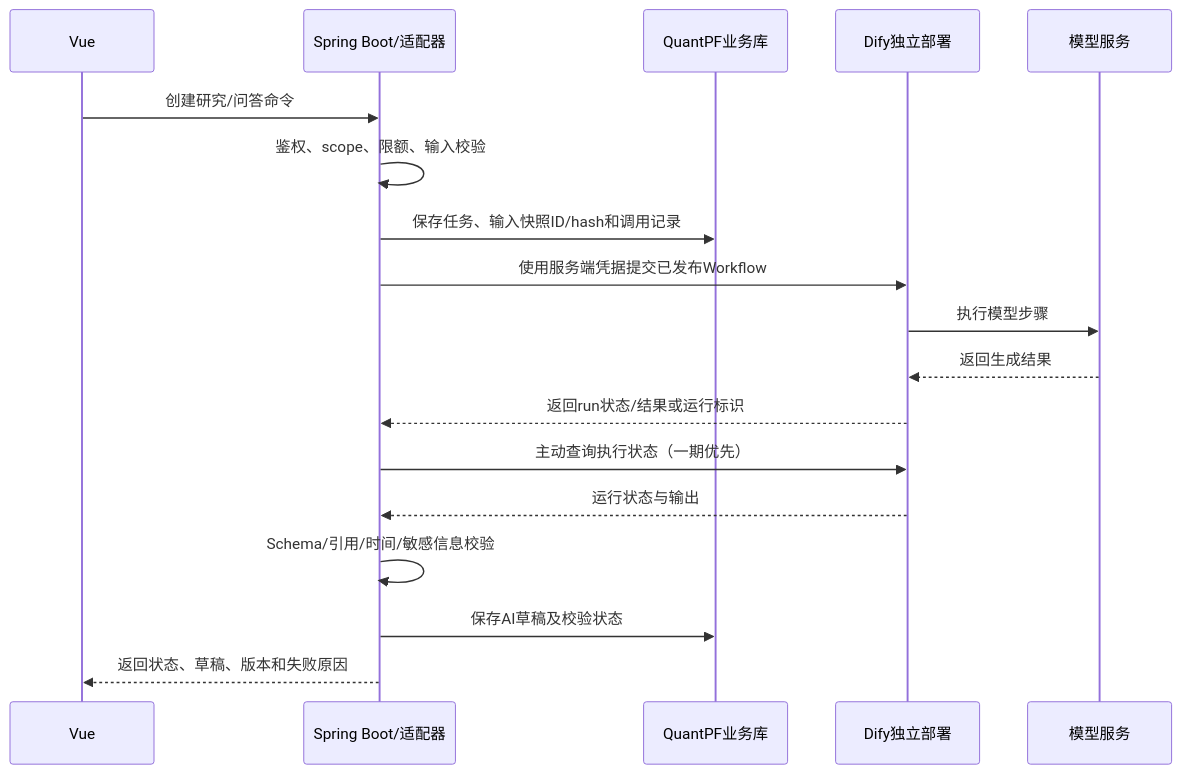
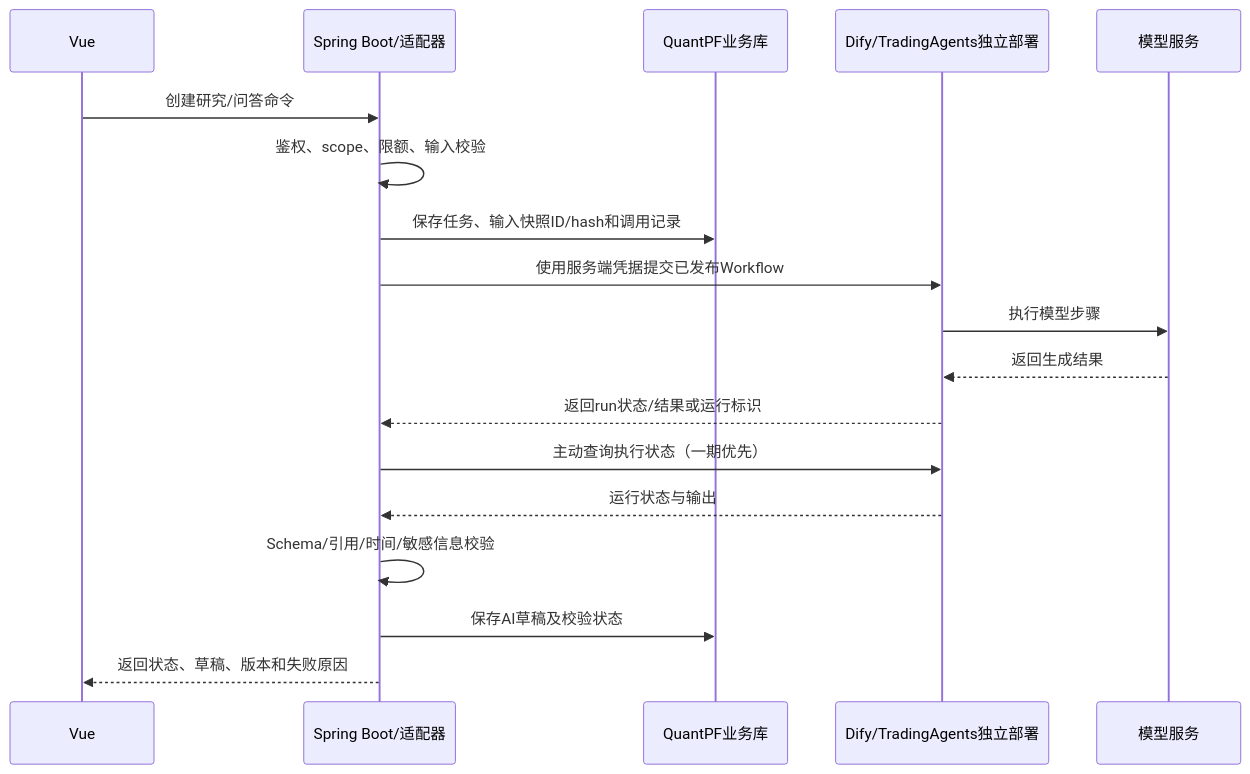
One commit to shaoqf2350/quant changed the seventh of 8 diagrams in doc/详设文档/详设_5_用户界面与系统支撑详细设计方案.md. Above: the diagram before and after it, drawn with Mermaid. The commit also changed other lines of this file and 100 other files, not shown here.

````diff
--- a/doc/详设文档/详设_5_用户界面与系统支撑详细设计方案.md
+++ b/doc/详设文档/详设_5_用户界面与系统支撑详细设计方案.md
@@ -1003,20 +1022,20 @@
 ```mermaid
 sequenceDiagram
   participant FE as Vue
   participant SB as Spring Boot/适配器
   participant DB as QuantPF业务库
-  participant DF as Dify独立部署
+  participant DF as Dify/TradingAgents独立部署
   participant LM as 模型服务
   FE->>SB: 创建研究/问答命令
   SB->>SB: 鉴权、scope、限额、输入校验
   SB->>DB: 保存任务、输入快照ID/hash和调用记录
   SB->>DF: 使用服务端凭据提交已发布Workflow
   DF->>LM: 执行模型步骤
   LM-->>DF: 返回生成结果
   DF-->>SB: 返回run状态/结果或运行标识
   SB->>DF: 主动查询执行状态（一期优先）
   DF-->>SB: 运行状态与输出
   SB->>SB: Schema/引用/时间/敏感信息校验
   SB->>DB: 保存AI草稿及校验状态
   SB-->>FE: 返回状态、草稿、版本和失败原因
 ```
````
